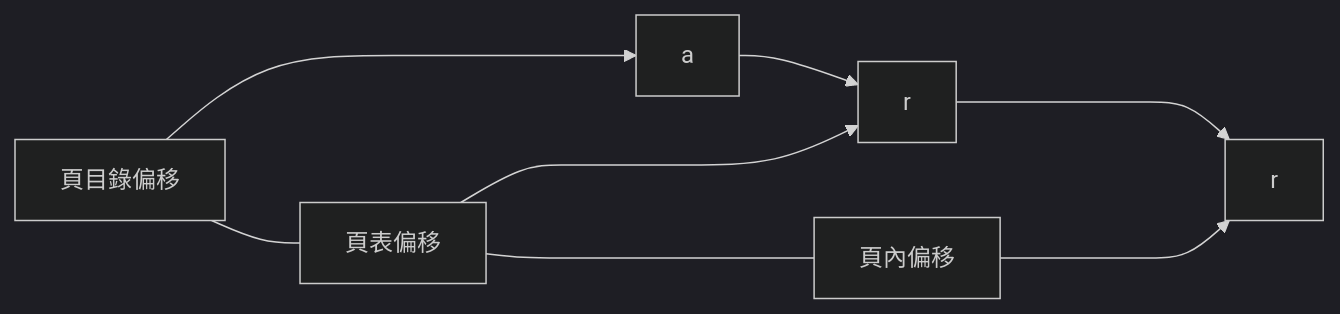
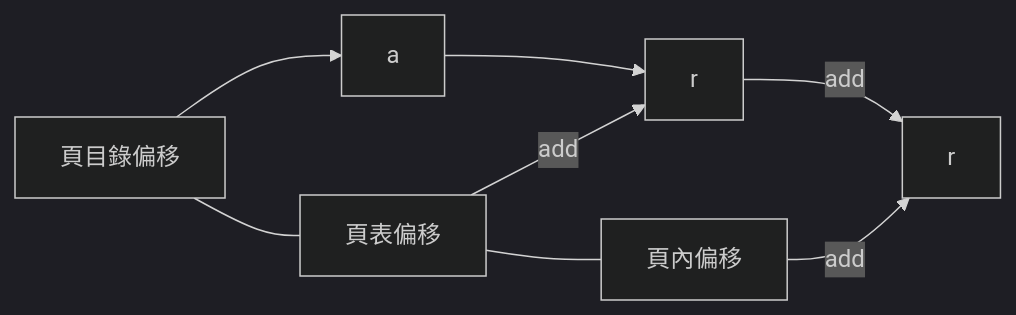
One commit to chchoiw/chchoiw.github.io changed the fifth of 7 diagrams in _posts/2021-08-04-operating_system.md. Above: the diagram before and after it, drawn with Mermaid (dark theme).

````diff
--- a/_posts/2021-08-04-operating_system.md
+++ b/_posts/2021-08-04-operating_system.md
@@ -231,10 +231,10 @@
     ```mermaid
     graph LR
     A[頁目錄偏移]---B[頁表偏移]
     B---C[頁內偏移]
     A-->D[a]
     D-->E[r]
-    B---->E
-    E---->F[r]
-    C---->F
+    B--add-->E
+    E--add-->F[r]
+    C--add-->F
     ```
````
